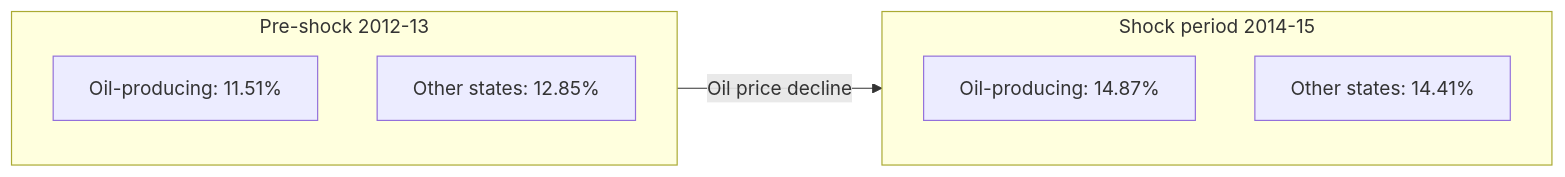
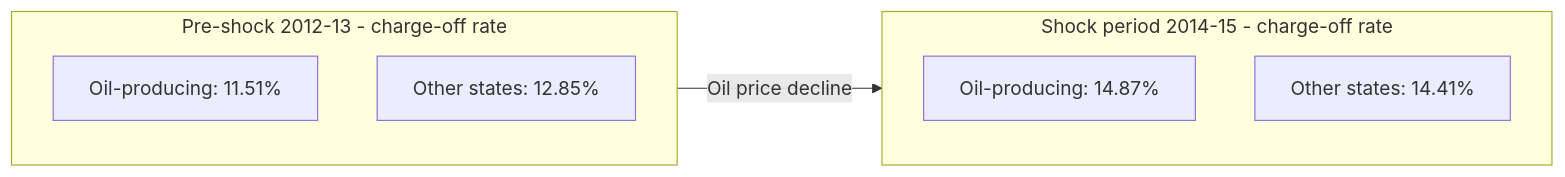
One commit to Tarjani-dev/Oil-Price-Shock-Regional-Volatility changed the third of 5 diagrams in README.md. Above: the diagram before and after it, drawn with Mermaid. The commit also changed other lines of this file, not shown here.

````diff
--- a/README.md
+++ b/README.md
@@ -124,12 +124,12 @@
 ```mermaid
 flowchart LR
-    subgraph Pre["Pre-shock 2012-13"]
+    subgraph Pre["Pre-shock 2012-13 - charge-off rate"]
     P1["Oil-producing: 11.51%"]
     P2["Other states: 12.85%"]
     end
-    subgraph Shock["Shock period 2014-15"]
+    subgraph Shock["Shock period 2014-15 - charge-off rate"]
     S1["Oil-producing: 14.87%"]
     S2["Other states: 14.41%"]
     end
     Pre -->|Oil price decline| Shock
 ```
````
